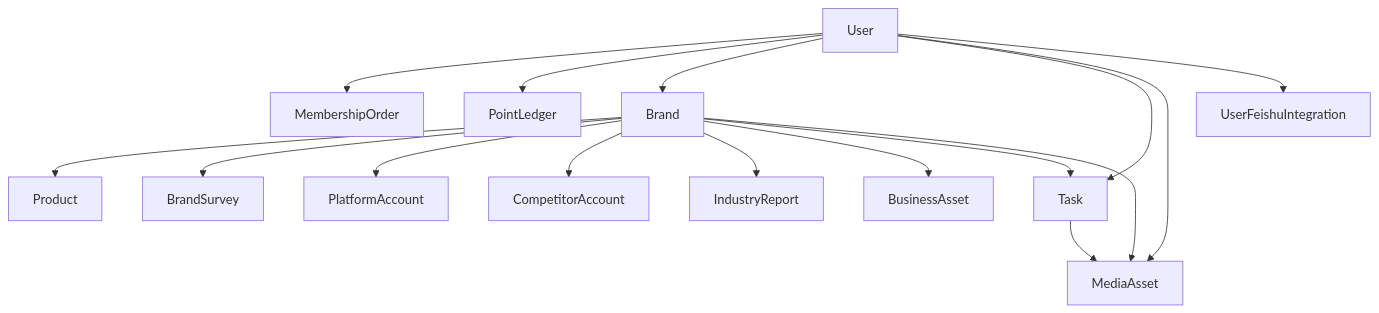
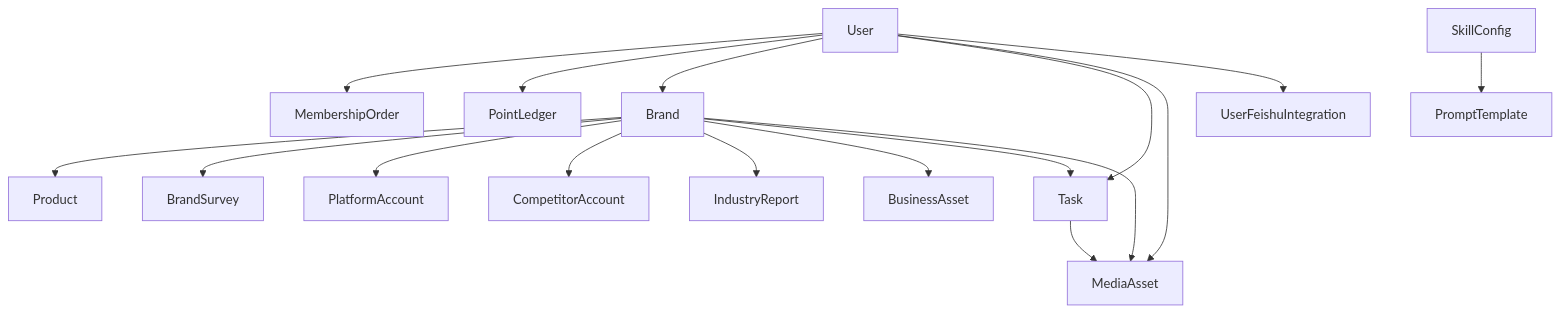
The tenth of 11 diagrams in docs/site-map-mermaid.md (Depthukesh/ai-omni-ops-system), drawn with Mermaid before and after one commit. The commit also changed other lines of this file and 13 other files, not shown here.

Commit message:
feat: add skill prompt registry and database archive

````diff
--- a/docs/site-map-mermaid.md
+++ b/docs/site-map-mermaid.md
@@ -404,34 +410,37 @@
 ```mermaid
 flowchart TD
     U["User"]
     MO["MembershipOrder"]
     PL["PointLedger"]
     B["Brand"]
     P["Product"]
     BS["BrandSurvey"]
     PA["PlatformAccount"]
     CA["CompetitorAccount"]
     IR["IndustryReport"]
     BA["BusinessAsset"]
     T["Task"]
     MA["MediaAsset"]
     FI["UserFeishuIntegration"]
+    SC["SkillConfig"]
+    PT["PromptTemplate"]
 
     U --> MO
     U --> PL
     U --> B
     U --> T
     U --> MA
     U --> FI
 
     B --> P
     B --> BS
     B --> PA
     B --> CA
     B --> IR
     B --> BA
     B --> T
     B --> MA
 
     T --> MA
+    SC --> PT
 ```
````
